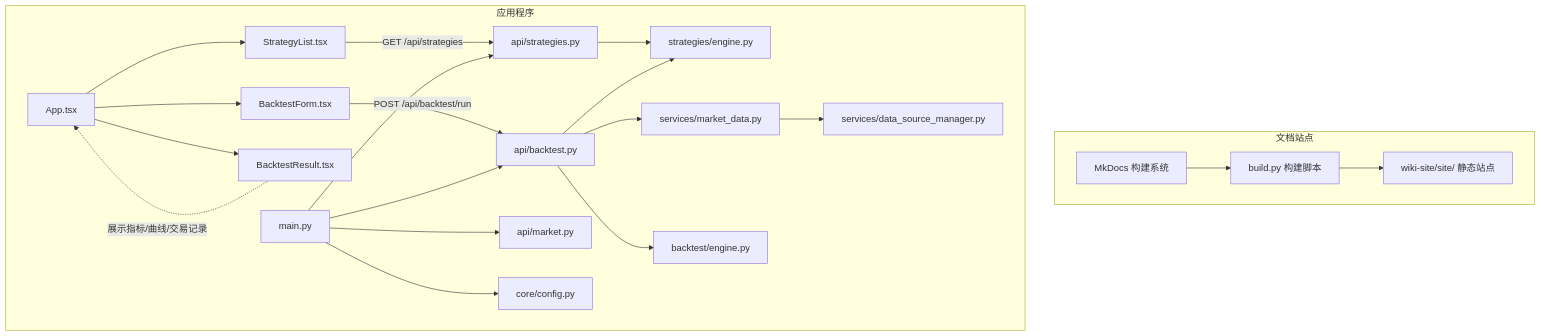
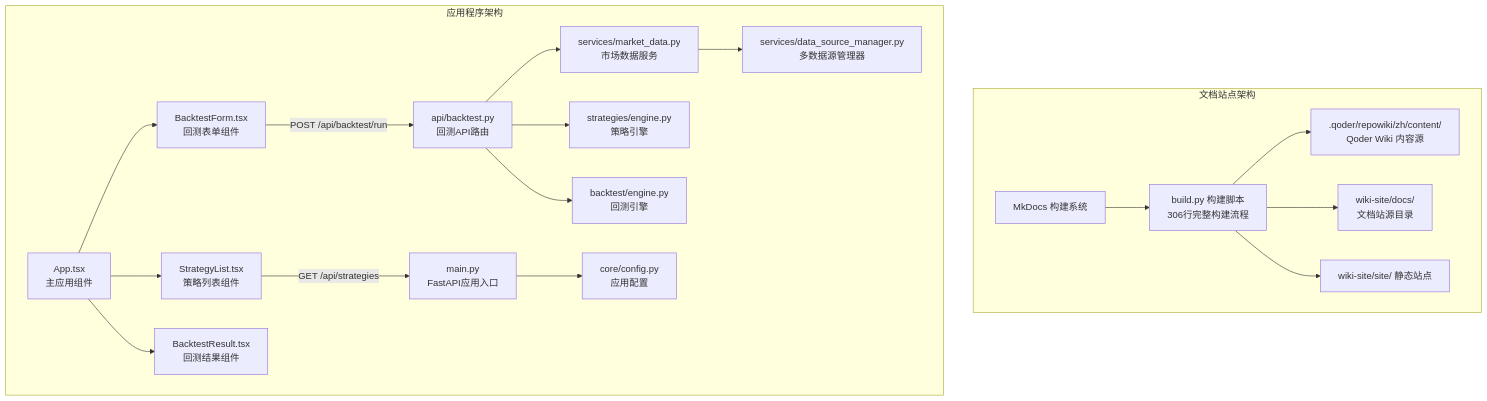
One commit to jiashaoying/quant-ai changed the first of 9 diagrams in wiki-site/docs/系统架构/系统架构.md. Above: the diagram before and after it, drawn with Mermaid. The commit also changed other lines of this file and 150 other files, not shown here.

````diff
--- a/wiki-site/docs/系统架构/系统架构.md
+++ b/wiki-site/docs/系统架构/系统架构.md
@@ -52,40 +48,37 @@
 ```mermaid
 graph TB
-subgraph "文档站点"
+subgraph "文档站点架构"
 MKDOCS["MkDocs 构建系统"]
-BUILD["build.py 构建脚本"]
+BUILD["build.py 构建脚本<br/>306行完整构建流程"]
 SITE["wiki-site/site/ 静态站点"]
+CONTENT[".qoder/repowiki/zh/content/<br/>Qoder Wiki 内容源"]
+DOCS["wiki-site/docs/<br/>文档站源目录"]
 end
-subgraph "应用程序"
-FE_App["App.tsx"]
-FE_StrategyList["StrategyList.tsx"]
-FE_BacktestForm["BacktestForm.tsx"]
-FE_BacktestResult["BacktestResult.tsx"]
-BE_Main["main.py"]
-BE_API_Strategies["api/strategies.py"]
-BE_API_Backtest["api/backtest.py"]
-BE_API_Market["api/market.py"]
-BE_Service_Market["services/market_data.py"]
-BE_Service_DSM["services/data_source_manager.py"]
-BE_Strategy_Engine["strategies/engine.py"]
-BE_Backtest_Engine["backtest/engine.py"]
-BE_Config["core/config.py"]
+subgraph "应用程序架构"
+FE_App["App.tsx<br/>主应用组件"]
+FE_StrategyList["StrategyList.tsx<br/>策略列表组件"]
+FE_BacktestForm["BacktestForm.tsx<br/>回测表单组件"]
+FE_BacktestResult["BacktestResult.tsx<br/>回测结果组件"]
+BE_Main["main.py<br/>FastAPI应用入口"]
+BE_API_Backtest["api/backtest.py<br/>回测API路由"]
+BE_Service_Market["services/market_data.py<br/>市场数据服务"]
+BE_Service_DSM["services/data_source_manager.py<br/>多数据源管理器"]
+BE_Strategy_Engine["strategies/engine.py<br/>策略引擎"]
+BE_Backtest_Engine["backtest/engine.py<br/>回测引擎"]
+BE_Config["core/config.py<br/>应用配置"]
 end
 MKDOCS --> BUILD
+BUILD --> CONTENT
+BUILD --> DOCS
 BUILD --> SITE
 FE_App --> FE_StrategyList
 FE_App --> FE_BacktestForm
 FE_App --> FE_BacktestResult
-FE_StrategyList --> |"GET /api/strategies"| BE_API_Strategies
+FE_StrategyList --> |"GET /api/strategies"| BE_Main
 FE_BacktestForm --> |"POST /api/backtest/run"| BE_API_Backtest
-FE_BacktestResult -.->|"展示指标/曲线/交易记录"| FE_App
-BE_API_Strategies --> BE_Strategy_Engine
 BE_API_Backtest --> BE_Service_Market
 BE_API_Backtest --> BE_Strategy_Engine
 BE_API_Backtest --> BE_Backtest_Engine
 BE_Service_Market --> BE_Service_DSM
-BE_Main --> BE_API_Strategies
-BE_Main --> BE_API_Backtest
-BE_Main --> BE_API_Market
 BE_Main --> BE_Config
 ```
````
